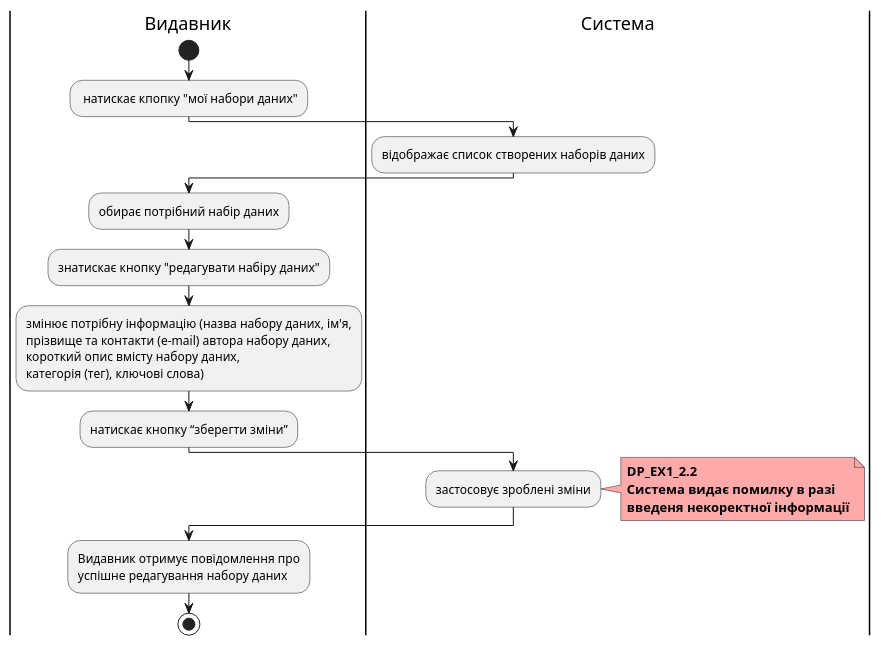
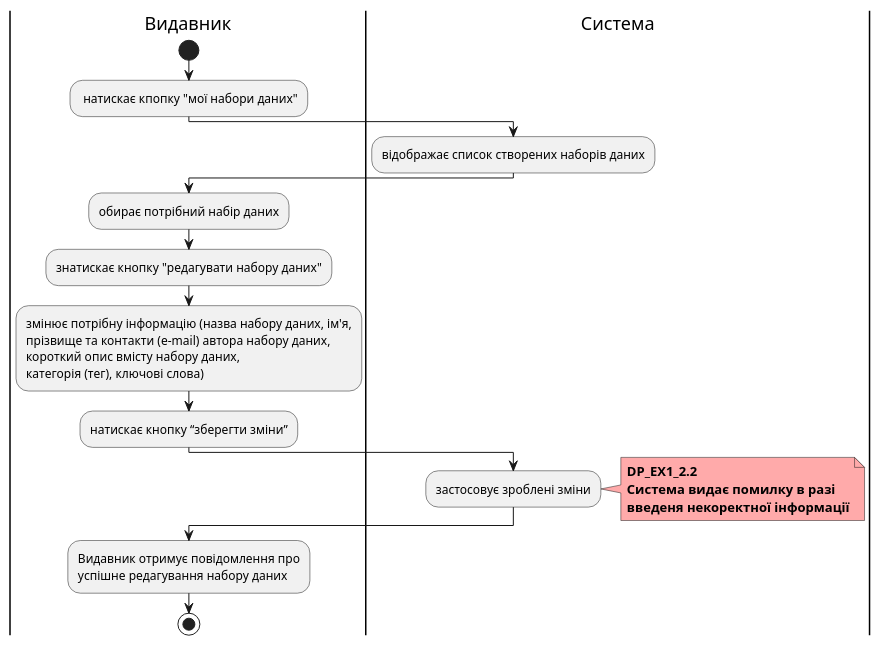
One commit to boldak/edu-db-cw changed diagram 13 of 19 in docs/use cases/Readme.md. Above: the diagram before and after it, drawn with PlantUML. The commit also changed other lines of this file, not shown here.

```diff
--- a/docs/use cases/Readme.md
+++ b/docs/use cases/Readme.md
@@ -590,28 +587,28 @@
 @startuml
 
     |Видавник|
         start
         : натискає кпопку "мої набори даних";
     |Система|
         :відображає список створених наборів даних;
     |Видавник|
         :обирає потрібний набір даних;
-        :знатискає кнопку "редагувати набіру даних";
+        :знатискає кнопку "редагувати набору даних";
         :змінює потрібну інформацію (назва набору даних, ім'я,
         прізвище та контакти (e-mail) автора набору даних,
         короткий опис вмісту набору даних,
         категорія (тег), ключові слова);
         :натискає кнопку “зберегти зміни”;
     |Система|
         :застосовує зроблені зміни;  
         note right #ffaaaa
         <b>DP_EX1_2.2
         <b>Система видає помилку в разі
         <b>введеня некоректної інформації
         end note
     |Видавник|
         :Видавник отримує повідомлення про
         успішне редагування набору даних;
         stop;
 
 @enduml
```
